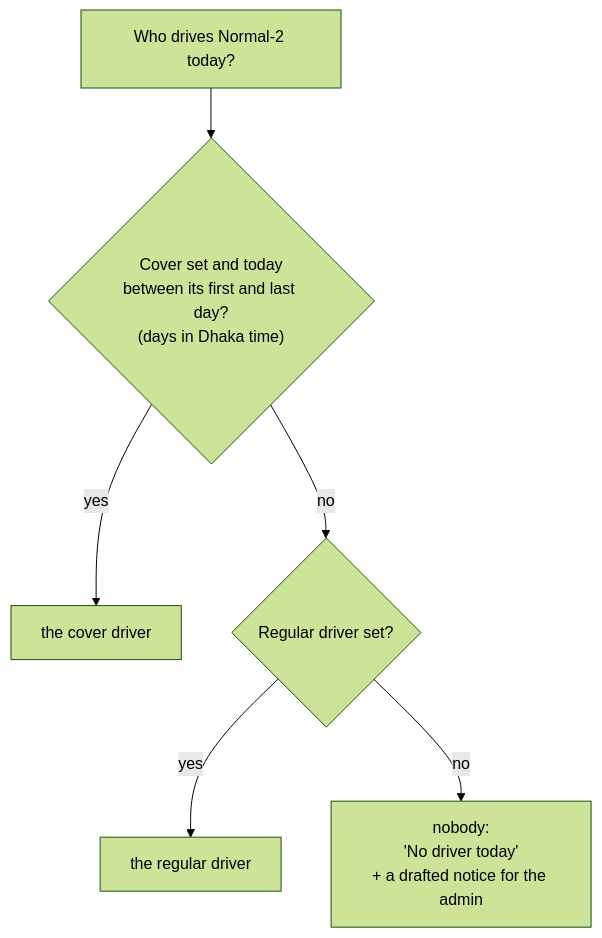
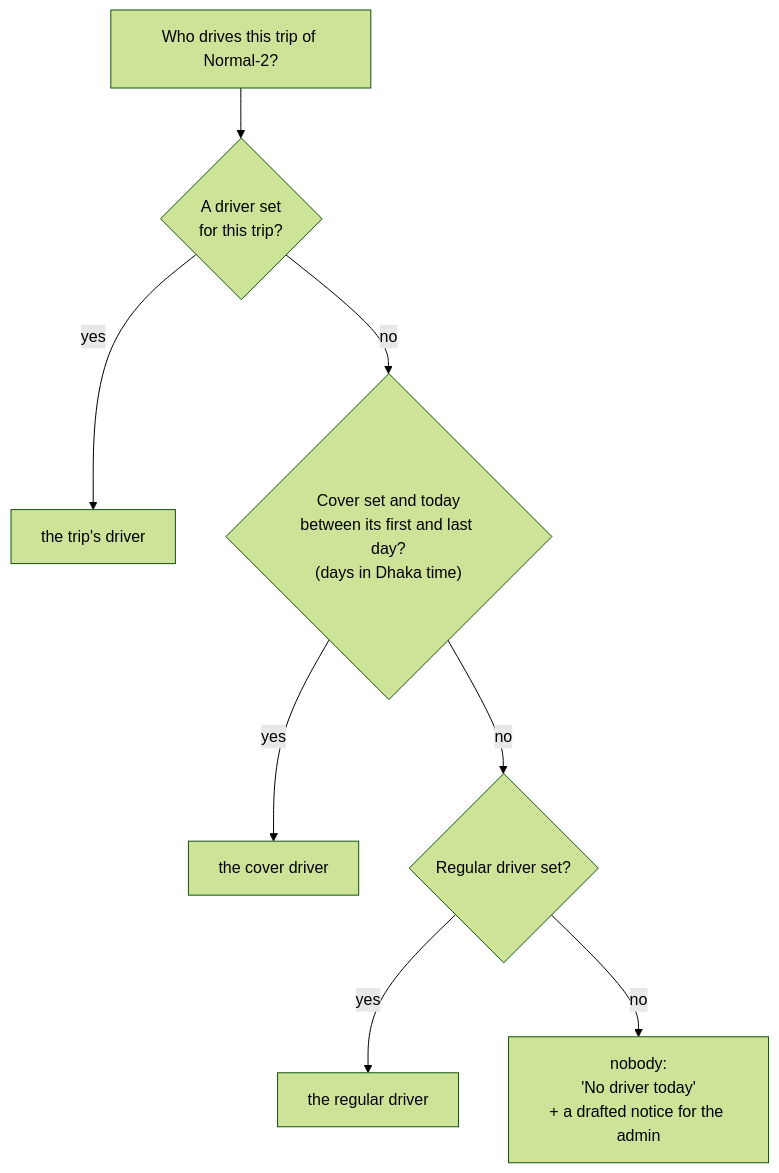
Before and after one commit to shadowfax-505/KUETBusLive: diagram 32 of 34 in README.md, drawn with Mermaid (forest theme). The commit also changed other lines of this file and 1 other file, not shown here.

Commit message:
Document trip drivers in the data model and README

````diff
--- a/README.md
+++ b/README.md
@@ -1312,8 +1312,10 @@
 ```mermaid
 flowchart TB
-    START["Who drives Normal-2 today?"] --> C{"Cover set and today<br/>between its first and last day?<br/>(days in Dhaka time)"}
+    START["Who drives this trip of Normal-2?"] --> T{"A driver set<br/>for this trip?"}
+    T -->|yes| TD["the trip's driver"]
+    T -->|no| C{"Cover set and today<br/>between its first and last day?<br/>(days in Dhaka time)"}
     C -->|yes| CD["the cover driver"]
     C -->|no| D{"Regular driver set?"}
     D -->|yes| RD["the regular driver"]
     D -->|no| NO["nobody:<br/>'No driver today'<br/>+ a drafted notice for the admin"]
 ```
````
